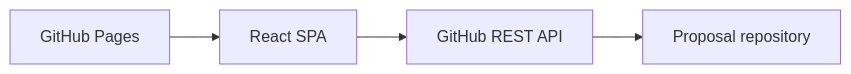
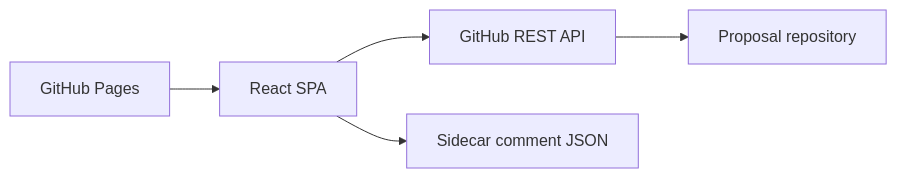
One commit to tcamise-gpsw/redraft changed the diagram in README.md. Above: the diagram before and after it, drawn with Mermaid. The commit also changed other lines of this file and 13 other files, not shown here.

````diff
--- a/README.md
+++ b/README.md
@@ -26,6 +37,7 @@
 ```mermaid
 flowchart LR
   Pages[GitHub Pages] --> App[React SPA]
   App --> API[GitHub REST API]
   API --> Repo[Proposal repository]
+  App --> Comments[Sidecar comment JSON]
 ```
````
